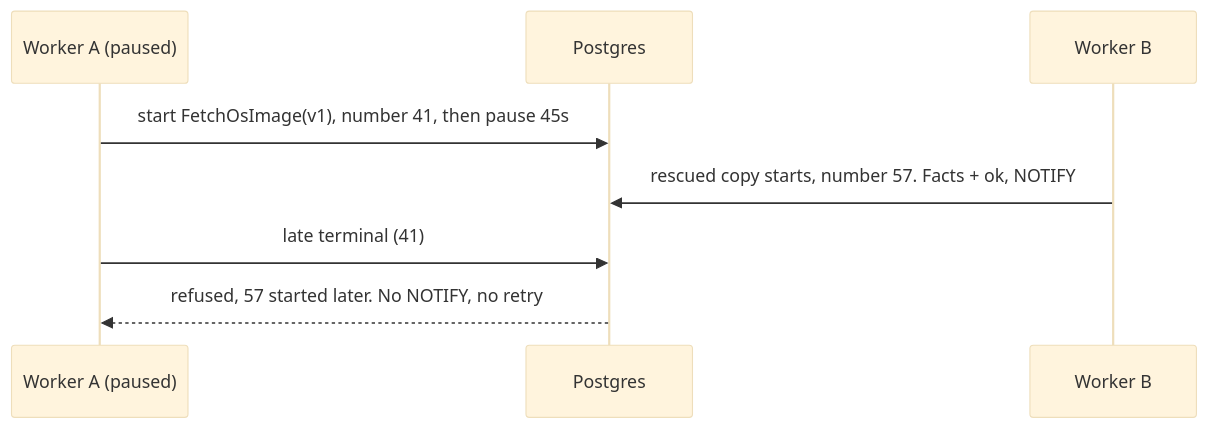
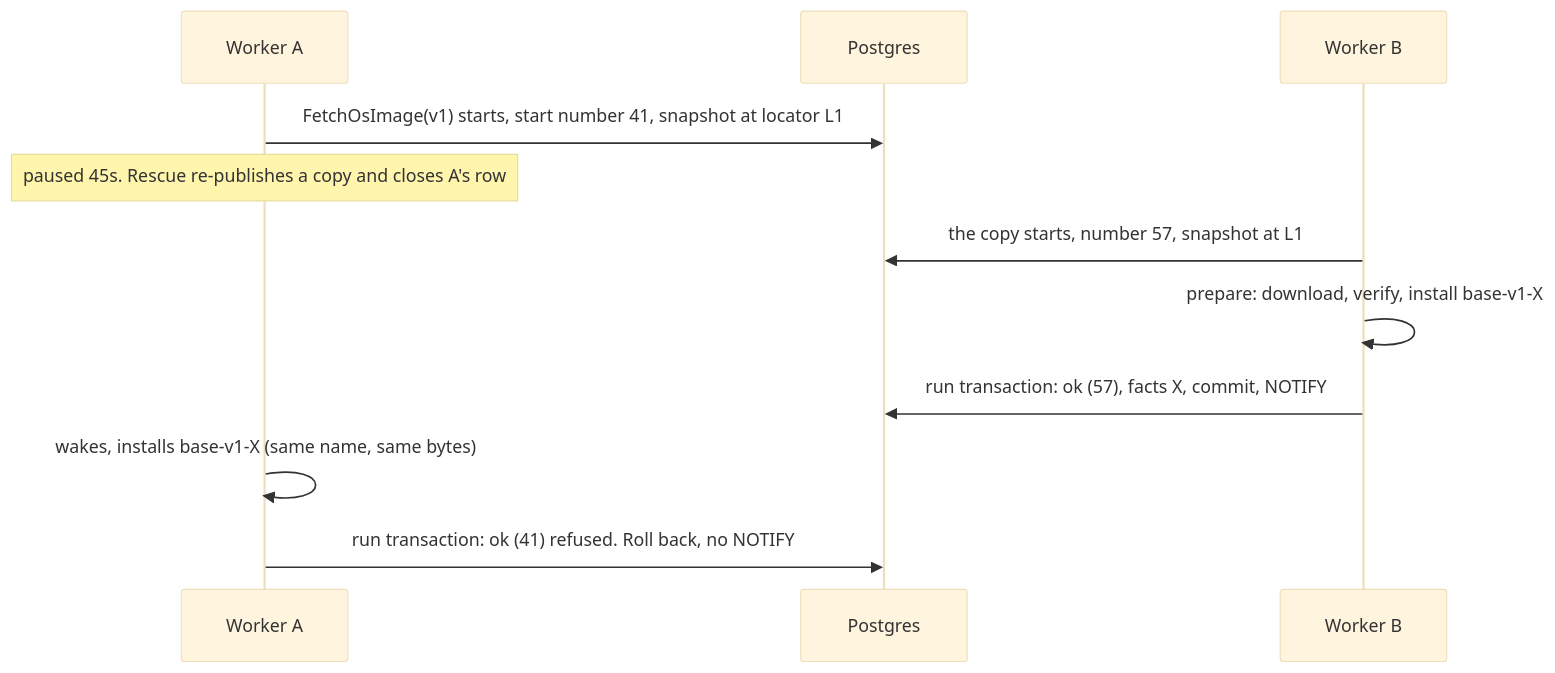
Before and after one commit to mcurcio/photo-wall: the second of 5 diagrams in docs/central-idempotent-jobs.md, drawn with Mermaid (base theme). The commit also changed other lines of this file, not shown here.

````diff
--- a/docs/central-idempotent-jobs.md
+++ b/docs/central-idempotent-jobs.md
@@ -48,10 +135,13 @@
 ```mermaid
 sequenceDiagram
-  participant A as Worker A (paused)
+  participant A as Worker A
   participant DB as Postgres
   participant B as Worker B
-  A->>DB: start FetchOsImage(v1), number 41, then pause 45s
-  B->>DB: rescued copy starts, number 57. Facts + ok, NOTIFY
-  A->>DB: late terminal (41)
-  DB-->>A: refused, 57 started later. No NOTIFY, no retry
+  A->>DB: FetchOsImage(v1) starts, start number 41, snapshot at locator L1
+  Note over A: paused 45s. Rescue re-publishes a copy and closes A's row
+  B->>DB: the copy starts, number 57, snapshot at L1
+  B->>B: prepare: download, verify, install base-v1-X
+  B->>DB: run transaction: ok (57), facts X, commit, NOTIFY
+  A->>A: wakes, installs base-v1-X (same name, same bytes)
+  A->>DB: run transaction: ok (41) refused. Roll back, no NOTIFY
 ```
````
